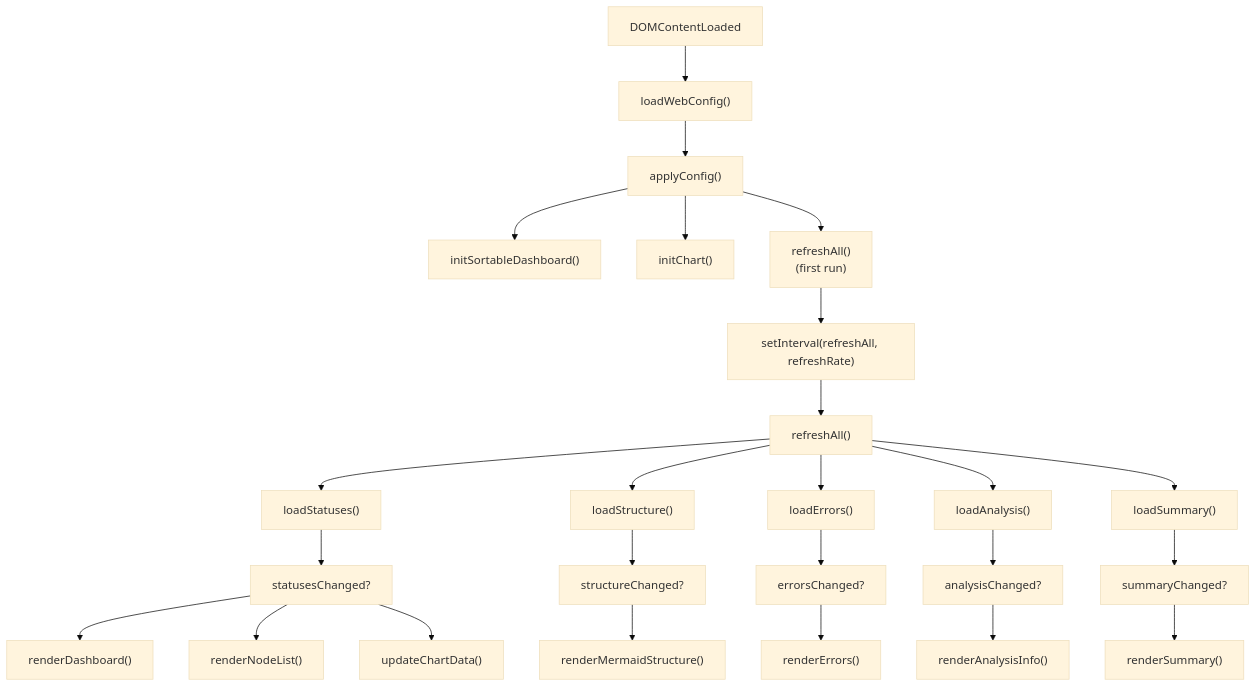
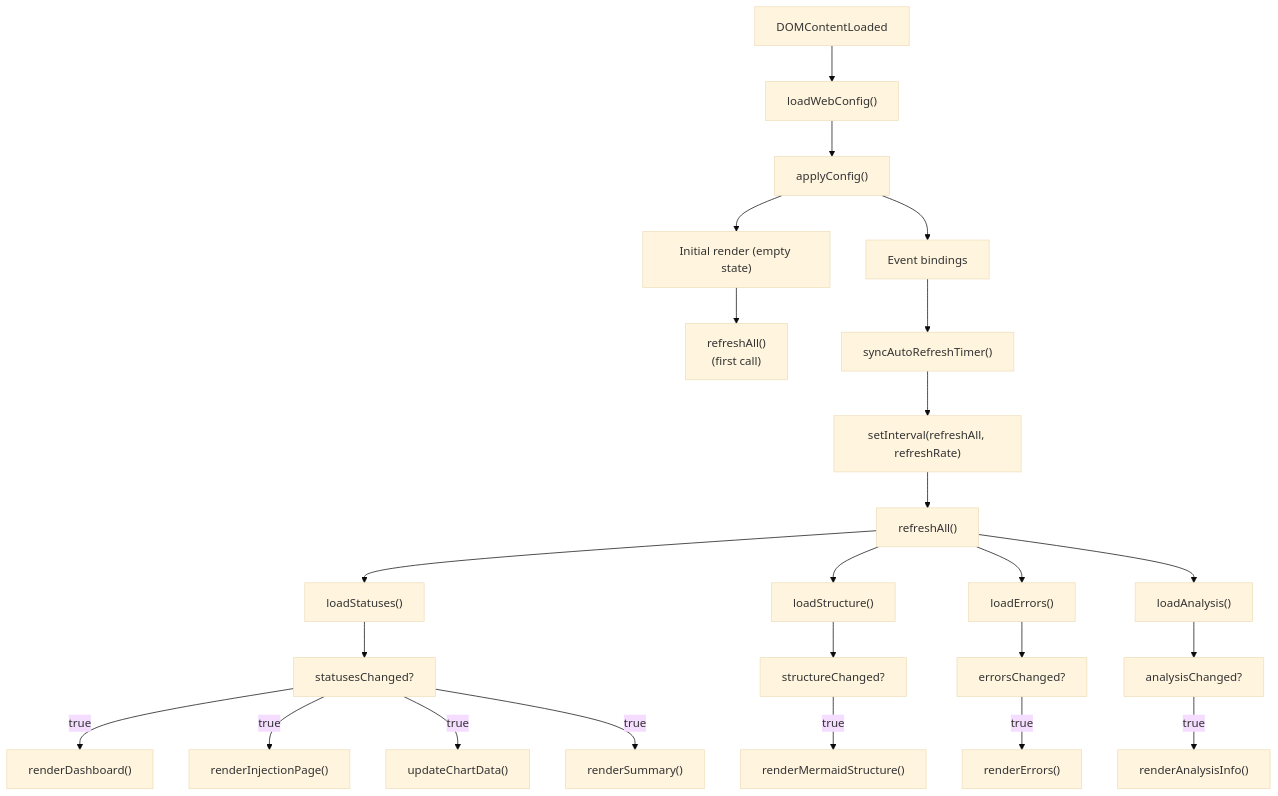
One commit to Mr-xiaotian/CelestialFlow changed the second of 2 diagrams in docs/en/src/web/static/ts/main.md. Above: the diagram before and after it, drawn with Mermaid (base theme). The commit also changed other lines of this file and 278 other files, not shown here.

````diff
--- a/docs/en/src/web/static/ts/main.md
+++ b/docs/en/src/web/static/ts/main.md
@@ -70,33 +99,31 @@
 ```mermaid
 flowchart TD
     A["DOMContentLoaded"] --> B["loadWebConfig()"]
     B --> C["applyConfig()"]
-    C --> D["initSortableDashboard()"]
-    C --> E["initChart()"]
-    C --> F["refreshAll()<br/>(first run)"]
-    F --> G["setInterval(refreshAll, refreshRate)"]
+    C --> D["Initial render (empty state)"]
+    C --> E["Event bindings"]
+    D --> F["refreshAll()<br/>(first call)"]
+    E --> G["syncAutoRefreshTimer()"]
+    G --> H["setInterval(refreshAll, refreshRate)"]
 
-    G --> H["refreshAll()"]
-    H --> I["loadStatuses()"]
-    H --> J["loadStructure()"]
-    H --> K["loadErrors()"]
-    H --> L["loadAnalysis()"]
-    H --> M["loadSummary()"]
+    H --> RA["refreshAll()"]
+    RA --> I["loadStatuses()"]
+    RA --> J["loadStructure()"]
+    RA --> K["loadErrors()"]
+    RA --> L["loadAnalysis()"]
 
     I --> N["statusesChanged?"]
-    N --> O["renderDashboard()"]
-    N --> P["renderNodeList()"]
-    N --> Q["updateChartData()"]
+    N -->|true| O["renderDashboard()"]
+    N -->|true| P["renderInjectionPage()"]
+    N -->|true| Q["updateChartData()"]
+    N -->|true| R["renderSummary()"]
 
-    J --> R["structureChanged?"]
-    R --> S["renderMermaidStructure()"]
+    J --> S["structureChanged?"]
+    S -->|true| T["renderMermaidStructure()"]
 
-    K --> T["errorsChanged?"]
-    T --> U["renderErrors()"]
+    K --> U["errorsChanged?"]
+    U -->|true| V["renderErrors()"]
 
-    L --> V["analysisChanged?"]
-    V --> W["renderAnalysisInfo()"]
-
-    M --> X["summaryChanged?"]
-    X --> Y["renderSummary()"]
+    L --> W["analysisChanged?"]
+    W -->|true| X["renderAnalysisInfo()"]
 ```
````
